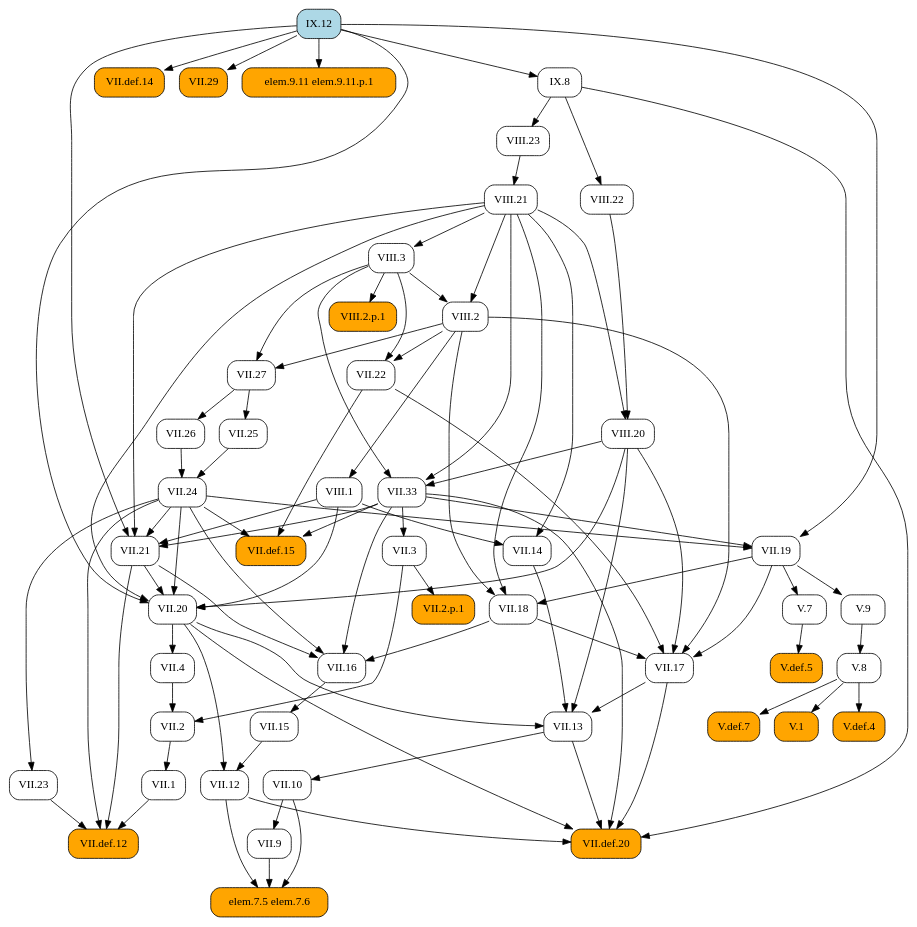
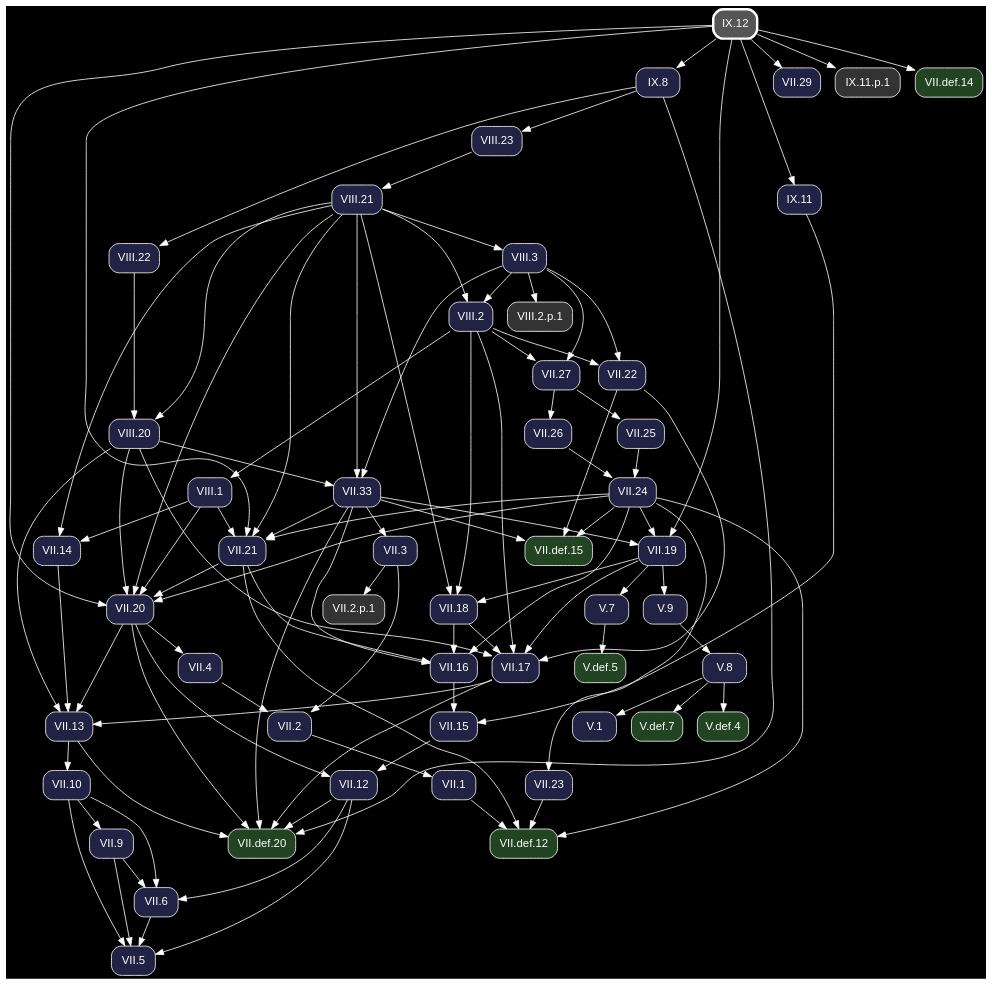
One commit to geometor/elements changed the diagram in docsrc/heath/IX/12/index.rst. Above: the diagram before and after it, drawn with Graphviz. The commit also changed other lines of this file and 1200 other files, not shown here.

Commit message:
update dependency graphs

```diff
--- a/docsrc/heath/IX/12/index.rst
+++ b/docsrc/heath/IX/12/index.rst
@@ -70,103 +70,68 @@
 .. graphviz::
 
    digraph {
+     bgcolor="black";
+     node [shape=box, style="rounded,filled", fontname="Helvetica", color="white", fontcolor="white"];
+     edge [color="white", fontcolor="white"];
      rankdir="TB";
-     node [shape=box, style=rounded];
-     "IX.8" [URL="/heath/IX/8/", target="_top"];
-     "VII.def.14" [style="rounded,filled", fillcolor=orange, URL="/heath/VII/def.14/", target="_top"];
-     "VII.12" [URL="/heath/VII/12/", target="_top"];
-     "elem.7.5 elem.7.6" [style="rounded,filled", fillcolor=orange];
-     "VIII.20" [URL="/heath/VIII/20/", target="_top"];
-     "VII.33" [URL="/heath/VII/33/", target="_top"];
-     "VII.9" [URL="/heath/VII/9/", target="_top"];
-     "IX.12" [style="rounded,filled", fillcolor=lightblue, URL="/heath/IX/12/", target="_top"];
-     "VIII.2" [URL="/heath/VIII/2/", target="_top"];
-     "VII.18" [URL="/heath/VII/18/", target="_top"];
-     "VII.16" [URL="/heath/VII/16/", target="_top"];
-     "V.7" [URL="/heath/V/7/", target="_top"];
-     "VII.26" [URL="/heath/VII/26/", target="_top"];
-     "V.def.5" [style="rounded,filled", fillcolor=orange, URL="/heath/V/def.5/", target="_top"];
-     "V.9" [URL="/heath/V/9/", target="_top"];
-     "VII.10" [URL="/heath/VII/10/", target="_top"];
-     "VIII.3" [URL="/heath/VIII/3/", target="_top"];
-     "VII.13" [URL="/heath/VII/13/", target="_top"];
-     "VIII.23" [URL="/heath/VIII/23/", target="_top"];
-     "VII.29" [style="rounded,filled", fillcolor=orange, URL="/heath/VII/29/", target="_top"];
-     "elem.9.11 elem.9.11.p.1" [style="rounded,filled", fillcolor=orange];
-     "VII.def.15" [style="rounded,filled", fillcolor=orange, URL="/heath/VII/def.15/", target="_top"];
-     "VII.17" [URL="/heath/VII/17/", target="_top"];
-     "VII.19" [URL="/heath/VII/19/", target="_top"];
-     "VIII.2.p.1" [style="rounded,filled", fillcolor=orange];
-     "VII.2" [URL="/heath/VII/2/", target="_top"];
-     "VII.def.20" [style="rounded,filled", fillcolor=orange, URL="/heath/VII/def.20/", target="_top"];
-     "VII.2.p.1" [style="rounded,filled", fillcolor=orange];
-     "VII.15" [URL="/heath/VII/15/", target="_top"];
-     "V.def.4" [style="rounded,filled", fillcolor=orange, URL="/heath/V/def.4/", target="_top"];
-     "VIII.22" [URL="/heath/VIII/22/", target="_top"];
-     "V.def.7" [style="rounded,filled", fillcolor=orange, URL="/heath/V/def.7/", target="_top"];
-     "VIII.21" [URL="/heath/VIII/21/", target="_top"];
-     "VII.14" [URL="/heath/VII/14/", target="_top"];
-     "VII.27" [URL="/heath/VII/27/", target="_top"];
-     "VII.21" [URL="/heath/VII/21/", target="_top"];
-     "VII.1" [URL="/heath/VII/1/", target="_top"];
-     "VII.22" [URL="/heath/VII/22/", target="_top"];
-     "VIII.1" [URL="/heath/VIII/1/", target="_top"];
-     "VII.25" [URL="/heath/VII/25/", target="_top"];
-     "V.8" [URL="/heath/V/8/", target="_top"];
-     "VII.23" [URL="/heath/VII/23/", target="_top"];
-     "VII.4" [URL="/heath/VII/4/", target="_top"];
-     "VII.def.12" [style="rounded,filled", fillcolor=orange, URL="/heath/VII/def.12/", target="_top"];
-     "V.1" [style="rounded,filled", fillcolor=orange, URL="/heath/V/1/", target="_top"];
-     "VII.3" [URL="/heath/VII/3/", target="_top"];
-     "VII.24" [URL="/heath/VII/24/", target="_top"];
-     "VII.20" [URL="/heath/VII/20/", target="_top"];
-     "IX.12" -> "IX.8";
-     "IX.12" -> "VII.def.14";
-     "VII.15" -> "VII.12";
-     "VII.20" -> "VII.12";
-     "VII.9" -> "elem.7.5 elem.7.6";
-     "VII.10" -> "elem.7.5 elem.7.6";
-     "VII.12" -> "elem.7.5 elem.7.6";
-     "VIII.21" -> "VIII.20";
-     "VIII.22" -> "VIII.20";
+     "V.def.5" [fillcolor="#224422", URL="/heath/V/def.5/", target="_top"];
+     "VII.33" [fillcolor="#222244", URL="/heath/VII/33/", target="_top"];
+     "VII.29" [fillcolor="#222244", URL="/heath/VII/29/", target="_top"];
+     "VII.18" [fillcolor="#222244", URL="/heath/VII/18/", target="_top"];
+     "VII.2" [fillcolor="#222244", URL="/heath/VII/2/", target="_top"];
+     "VII.def.20" [fillcolor="#224422", URL="/heath/VII/def.20/", target="_top"];
+     "IX.12" [penwidth=3, color="white", fillcolor="#555555", URL="/heath/IX/12/", target="_top"];
+     "VIII.21" [fillcolor="#222244", URL="/heath/VIII/21/", target="_top"];
+     "VII.26" [fillcolor="#222244", URL="/heath/VII/26/", target="_top"];
+     "VII.1" [fillcolor="#222244", URL="/heath/VII/1/", target="_top"];
+     "VII.13" [fillcolor="#222244", URL="/heath/VII/13/", target="_top"];
+     "VIII.2.p.1" [fillcolor="#333333"];
+     "VII.27" [fillcolor="#222244", URL="/heath/VII/27/", target="_top"];
+     "VII.4" [fillcolor="#222244", URL="/heath/VII/4/", target="_top"];
+     "VII.25" [fillcolor="#222244", URL="/heath/VII/25/", target="_top"];
+     "IX.8" [fillcolor="#222244", URL="/heath/IX/8/", target="_top"];
+     "VIII.20" [fillcolor="#222244", URL="/heath/VIII/20/", target="_top"];
+     "VIII.22" [fillcolor="#222244", URL="/heath/VIII/22/", target="_top"];
+     "VII.21" [fillcolor="#222244", URL="/heath/VII/21/", target="_top"];
+     "VII.9" [fillcolor="#222244", URL="/heath/VII/9/", target="_top"];
+     "V.7" [fillcolor="#222244", URL="/heath/V/7/", target="_top"];
+     "VII.12" [fillcolor="#222244", URL="/heath/VII/12/", target="_top"];
+     "IX.11.p.1" [fillcolor="#333333"];
+     "V.9" [fillcolor="#222244", URL="/heath/V/9/", target="_top"];
+     "VII.17" [fillcolor="#222244", URL="/heath/VII/17/", target="_top"];
+     "VII.24" [fillcolor="#222244", URL="/heath/VII/24/", target="_top"];
+     "VII.22" [fillcolor="#222244", URL="/heath/VII/22/", target="_top"];
+     "VIII.2" [fillcolor="#222244", URL="/heath/VIII/2/", target="_top"];
+     "V.def.7" [fillcolor="#224422", URL="/heath/V/def.7/", target="_top"];
+     "VII.20" [fillcolor="#222244", URL="/heath/VII/20/", target="_top"];
+     "V.def.4" [fillcolor="#224422", URL="/heath/V/def.4/", target="_top"];
+     "VII.5" [fillcolor="#222244", URL="/heath/VII/5/", target="_top"];
+     "VIII.23" [fillcolor="#222244", URL="/heath/VIII/23/", target="_top"];
+     "VII.def.15" [fillcolor="#224422", URL="/heath/VII/def.15/", target="_top"];
+     "VIII.3" [fillcolor="#222244", URL="/heath/VIII/3/", target="_top"];
+     "IX.11" [fillcolor="#222244", URL="/heath/IX/11/", target="_top"];
+     "VII.2.p.1" [fillcolor="#333333"];
+     "VII.6" [fillcolor="#222244", URL="/heath/VII/6/", target="_top"];
+     "VII.16" [fillcolor="#222244", URL="/heath/VII/16/", target="_top"];
+     "VII.15" [fillcolor="#222244", URL="/heath/VII/15/", target="_top"];
+     "VII.def.14" [fillcolor="#224422", URL="/heath/VII/def.14/", target="_top"];
+     "V.1" [fillcolor="#222244", URL="/heath/V/1/", target="_top"];
+     "VII.10" [fillcolor="#222244", URL="/heath/VII/10/", target="_top"];
+     "VII.23" [fillcolor="#222244", URL="/heath/VII/23/", target="_top"];
+     "VII.def.12" [fillcolor="#224422", URL="/heath/VII/def.12/", target="_top"];
+     "VII.19" [fillcolor="#222244", URL="/heath/VII/19/", target="_top"];
+     "VIII.1" [fillcolor="#222244", URL="/heath/VIII/1/", target="_top"];
+     "V.8" [fillcolor="#222244", URL="/heath/V/8/", target="_top"];
+     "VII.3" [fillcolor="#222244", URL="/heath/VII/3/", target="_top"];
+     "VII.14" [fillcolor="#222244", URL="/heath/VII/14/", target="_top"];
+     "V.7" -> "V.def.5";
      "VIII.3" -> "VII.33";
      "VIII.20" -> "VII.33";
      "VIII.21" -> "VII.33";
-     "VII.10" -> "VII.9";
-     "VIII.3" -> "VIII.2";
-     "VIII.21" -> "VIII.2";
+     "IX.12" -> "VII.29";
      "VII.19" -> "VII.18";
      "VIII.2" -> "VII.18";
      "VIII.21" -> "VII.18";
-     "VII.18" -> "VII.16";
-     "VII.21" -> "VII.16";
-     "VII.24" -> "VII.16";
-     "VII.33" -> "VII.16";
-     "VII.19" -> "V.7";
-     "VII.27" -> "VII.26";
-     "V.7" -> "V.def.5";
-     "VII.19" -> "V.9";
-     "VII.13" -> "VII.10";
-     "VIII.21" -> "VIII.3";
-     "VII.14" -> "VII.13";
-     "VII.17" -> "VII.13";
-     "VII.20" -> "VII.13";
-     "VIII.20" -> "VII.13";
-     "IX.8" -> "VIII.23";
-     "IX.12" -> "VII.29";
-     "IX.12" -> "elem.9.11 elem.9.11.p.1";
-     "VII.22" -> "VII.def.15";
-     "VII.24" -> "VII.def.15";
-     "VII.33" -> "VII.def.15";
-     "VII.18" -> "VII.17";
-     "VII.19" -> "VII.17";
-     "VII.22" -> "VII.17";
-     "VIII.2" -> "VII.17";
-     "VIII.20" -> "VII.17";
-     "VII.24" -> "VII.19";
-     "VII.33" -> "VII.19";
-     "IX.12" -> "VII.19";
-     "VIII.3" -> "VIII.2.p.1";
      "VII.3" -> "VII.2";
      "VII.4" -> "VII.2";
      "VII.12" -> "VII.def.20";
@@ -175,41 +140,86 @@
      "VII.20" -> "VII.def.20";
      "VII.33" -> "VII.def.20";
      "IX.8" -> "VII.def.20";
-     "VII.3" -> "VII.2.p.1";
-     "VII.16" -> "VII.15";
-     "V.8" -> "V.def.4";
-     "IX.8" -> "VIII.22";
-     "V.8" -> "V.def.7";
      "VIII.23" -> "VIII.21";
-     "VIII.1" -> "VII.14";
-     "VIII.21" -> "VII.14";
+     "VII.27" -> "VII.26";
+     "VII.2" -> "VII.1";
+     "VII.14" -> "VII.13";
+     "VII.17" -> "VII.13";
+     "VII.20" -> "VII.13";
+     "VIII.20" -> "VII.13";
+     "VIII.3" -> "VIII.2.p.1";
      "VIII.2" -> "VII.27";
      "VIII.3" -> "VII.27";
+     "VII.20" -> "VII.4";
+     "VII.27" -> "VII.25";
+     "IX.12" -> "IX.8";
+     "VIII.21" -> "VIII.20";
+     "VIII.22" -> "VIII.20";
+     "IX.8" -> "VIII.22";
      "VII.24" -> "VII.21";
      "VII.33" -> "VII.21";
      "VIII.1" -> "VII.21";
      "VIII.21" -> "VII.21";
      "IX.12" -> "VII.21";
-     "VII.2" -> "VII.1";
+     "VII.10" -> "VII.9";
+     "VII.19" -> "V.7";
+     "VII.15" -> "VII.12";
+     "VII.20" -> "VII.12";
+     "IX.12" -> "IX.11.p.1";
+     "VII.19" -> "V.9";
+     "VII.18" -> "VII.17";
+     "VII.19" -> "VII.17";
+     "VII.22" -> "VII.17";
+     "VIII.2" -> "VII.17";
+     "VIII.20" -> "VII.17";
+     "VII.25" -> "VII.24";
+     "VII.26" -> "VII.24";
      "VIII.2" -> "VII.22";
      "VIII.3" -> "VII.22";
-     "VIII.2" -> "VIII.1";
-     "VII.27" -> "VII.25";
-     "V.9" -> "V.8";
-     "VII.24" -> "VII.23";
-     "VII.20" -> "VII.4";
-     "VII.1" -> "VII.def.12";
-     "VII.21" -> "VII.def.12";
-     "VII.23" -> "VII.def.12";
-     "VII.24" -> "VII.def.12";
-     "V.8" -> "V.1";
-     "VII.33" -> "VII.3";
-     "VII.25" -> "VII.24";
-     "VII.26" -> "VII.24";
+     "VIII.3" -> "VIII.2";
+     "VIII.21" -> "VIII.2";
+     "V.8" -> "V.def.7";
      "VII.21" -> "VII.20";
      "VII.24" -> "VII.20";
      "VIII.1" -> "VII.20";
      "VIII.20" -> "VII.20";
      "VIII.21" -> "VII.20";
      "IX.12" -> "VII.20";
+     "V.8" -> "V.def.4";
+     "VII.6" -> "VII.5";
+     "VII.9" -> "VII.5";
+     "VII.10" -> "VII.5";
+     "VII.12" -> "VII.5";
+     "IX.8" -> "VIII.23";
+     "VII.22" -> "VII.def.15";
+     "VII.24" -> "VII.def.15";
+     "VII.33" -> "VII.def.15";
+     "VIII.21" -> "VIII.3";
+     "IX.12" -> "IX.11";
+     "VII.3" -> "VII.2.p.1";
+     "VII.9" -> "VII.6";
+     "VII.10" -> "VII.6";
+     "VII.12" -> "VII.6";
+     "VII.18" -> "VII.16";
+     "VII.21" -> "VII.16";
+     "VII.24" -> "VII.16";
+     "VII.33" -> "VII.16";
+     "VII.16" -> "VII.15";
+     "IX.11" -> "VII.15";
+     "IX.12" -> "VII.def.14";
+     "V.8" -> "V.1";
+     "VII.13" -> "VII.10";
+     "VII.24" -> "VII.23";
+     "VII.1" -> "VII.def.12";
+     "VII.21" -> "VII.def.12";
+     "VII.23" -> "VII.def.12";
+     "VII.24" -> "VII.def.12";
+     "VII.24" -> "VII.19";
+     "VII.33" -> "VII.19";
+     "IX.12" -> "VII.19";
+     "VIII.2" -> "VIII.1";
+     "V.9" -> "V.8";
+     "VII.33" -> "VII.3";
+     "VIII.1" -> "VII.14";
+     "VIII.21" -> "VII.14";
    }
```
